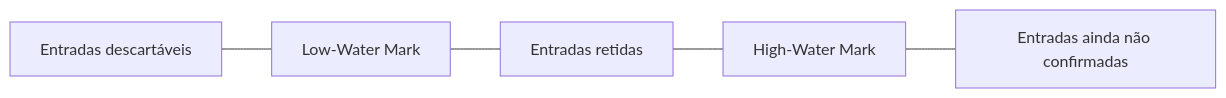
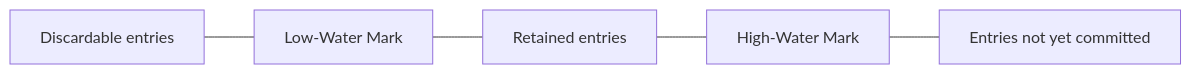
Before and after one commit to alancesar/design-patterns: the diagram in docs/architecture/distributed-systems/data-replication/low-water-mark.md, drawn with Mermaid. The commit also changed 258 other files, not shown here.

First line of the commit message:
Translate Mermaid diagrams to English

````diff
--- a/docs/architecture/distributed-systems/data-replication/low-water-mark.md
+++ b/docs/architecture/distributed-systems/data-replication/low-water-mark.md
@@ -52,7 +52,7 @@
 ```mermaid
 flowchart LR
-    A["Entradas descartáveis"] --- B["Low-Water Mark"]
-    B --- C["Entradas retidas"]
+    A["Discardable entries"] --- B["Low-Water Mark"]
+    B --- C["Retained entries"]
     C --- D["High-Water Mark"]
-    D --- E["Entradas ainda não confirmadas"]
+    D --- E["Entries not yet committed"]
 ```
````
